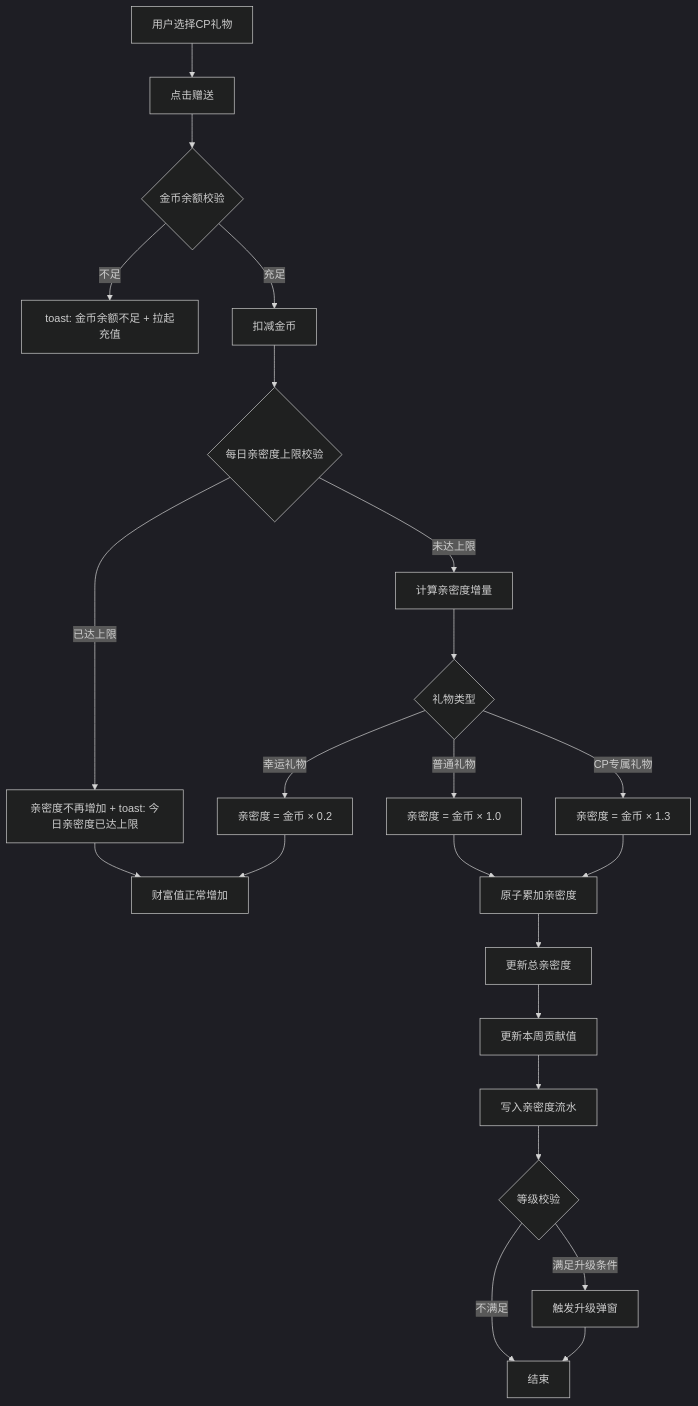
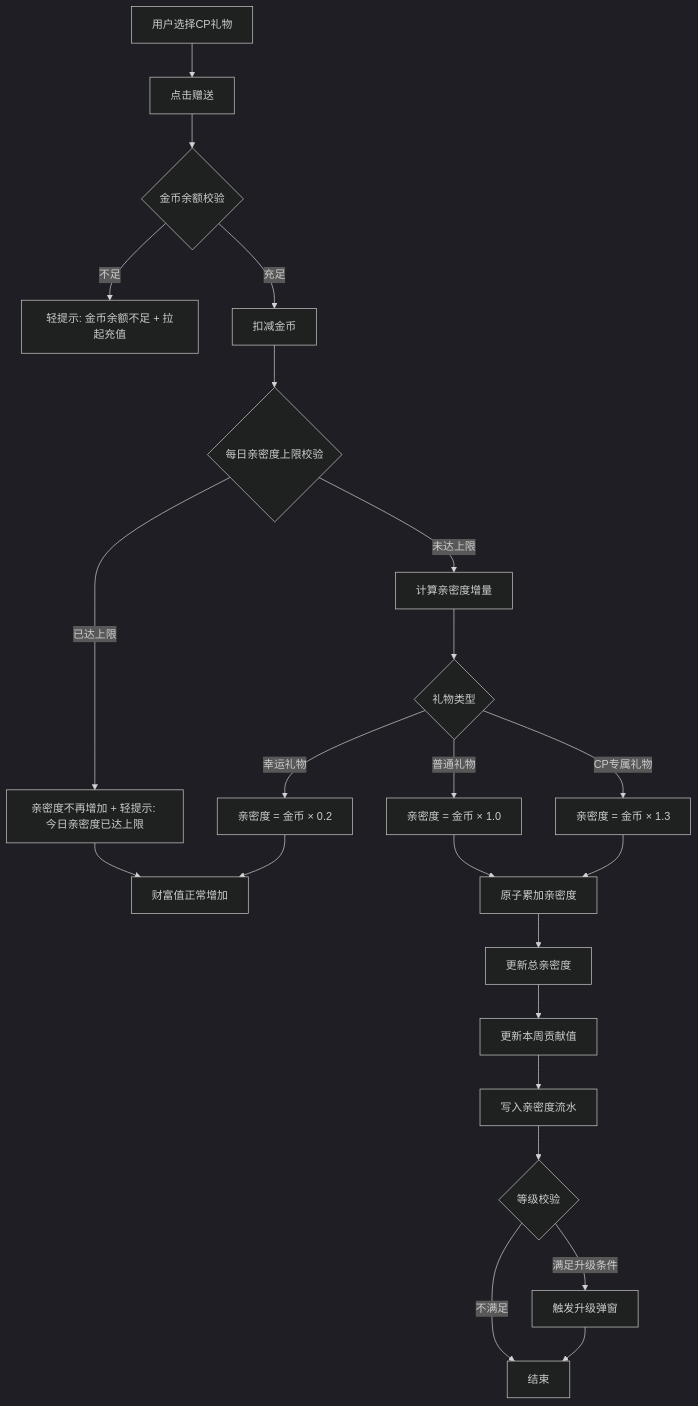
One commit to kocekid/CP1.0-Requirements changed the eighth of 12 diagrams in CP系统需求文档_v1.0.md. Above: the diagram before and after it, drawn with Mermaid (dark theme). The commit also changed other lines of this file, not shown here.

Commit message:
更新CP系统需求文档：图下需求拆解块全部重写为完整字段表结构

````diff
--- a/CP系统需求文档_v1.0.md
+++ b/CP系统需求文档_v1.0.md
@@ -847,25 +859,25 @@
 ```mermaid
 flowchart TD
     A[用户选择CP礼物] --> B[点击赠送]
     B --> C{金币余额校验}
-    C -->|不足| C1[toast: 金币余额不足 + 拉起充值]
+    C -->|不足| C1[轻提示: 金币余额不足 + 拉起充值]
     C -->|充足| D[扣减金币]
     D --> E{每日亲密度上限校验}
-    E -->|已达上限| E1[亲密度不再增加 + toast: 今日亲密度已达上限]
+    E -->|已达上限| E1[亲密度不再增加 + 轻提示: 今日亲密度已达上限]
     E1 --> F1[财富值正常增加]
     E -->|未达上限| F[计算亲密度增量]
     F --> G{礼物类型}
     G -->|普通礼物| G1[亲密度 = 金币 × 1.0]
     G -->|CP专属礼物| G2[亲密度 = 金币 × 1.3]
     G -->|幸运礼物| G3[亲密度 = 金币 × 0.2]
     G3 --> F1
     G1 --> H[原子累加亲密度]
     G2 --> H
     H --> I[更新总亲密度]
     I --> J[更新本周贡献值]
     J --> K[写入亲密度流水]
     K --> L{等级校验}
     L -->|满足升级条件| M[触发升级弹窗]
-    L -->|不满足| N[结束]
-    M --> N
+    L -->|不满足| 指定数量[结束]
+    M --> 指定数量
 ```
````
